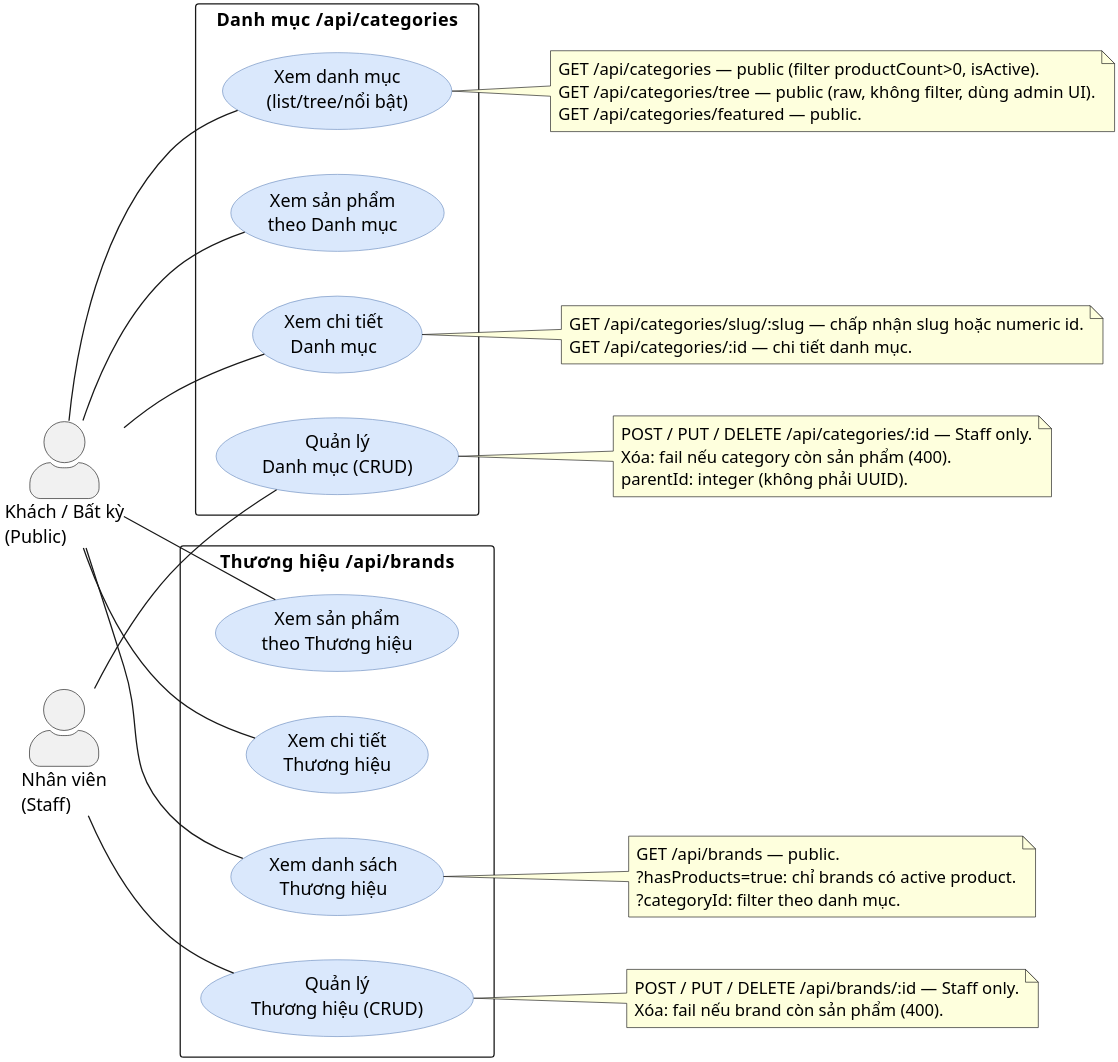
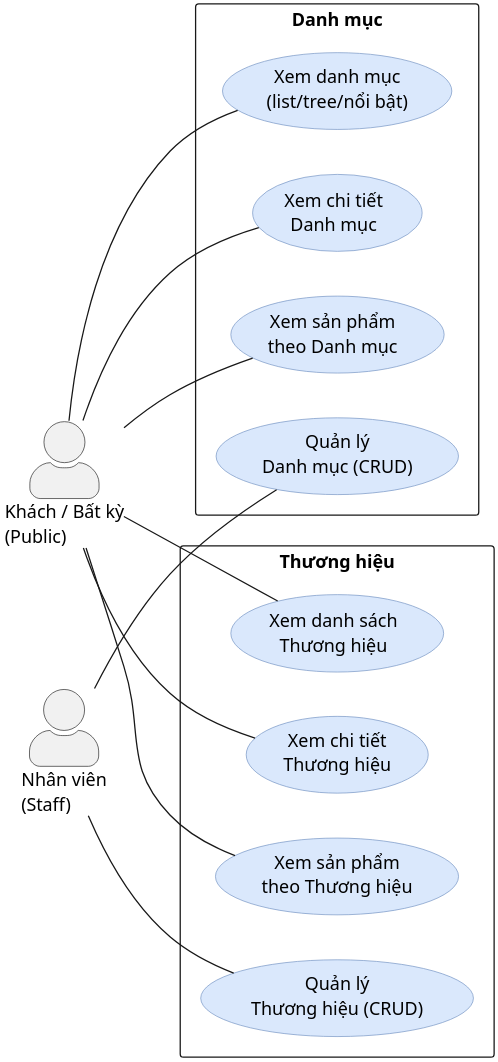
One commit to MinhThang1009/E-commerce-website changed the diagram in diagrams/usecase/usecase-08-catalog-category-brand.puml. Above: the diagram before and after it, drawn with PlantUML. The commit also changed 266 other files, not shown here.

```diff
--- a/diagrams/usecase/usecase-08-catalog-category-brand.puml
+++ b/diagrams/usecase/usecase-08-catalog-category-brand.puml
@@ -1,88 +1,98 @@
 @startuml usecase-08-catalog-category-brand
 ' Sơ đồ use case — Duyệt & Quản lý Danh mục + Thương hiệu (Catalog §2.2c)
 ' Ground-truth: backend/src/modules/catalog/routes.js
 '   Categories (/api/categories):
 '     GET  /                    — public            — danh sách (filter productCount>0)
 '     GET  /tree                — public            — cây phân cấp (raw, không filter)
 '     GET  /featured            — public            — nổi bật
 '     GET  /slug/:slug          — public            — theo slug (chấp nhận numeric id)
 '     GET  /:id/products        — public            — sản phẩm trong danh mục
 '     GET  /:id                 — public            — chi tiết danh mục
 '     POST /                    — authenticate + authorize('staff')
 '     PUT  /:id                 — authenticate + authorize('staff')
 '     DELETE /:id               — authenticate + authorize('staff')
 '   Brands (/api/brands):
 '     GET  /                    — public            — danh sách (param hasProducts)
 '     GET  /slug/:slug          — public            — theo slug
 '     GET  /slug/:slug/products — public            — sản phẩm của thương hiệu
 '     POST /                    — authenticate + authorize('staff')
 '     PUT  /:id                 — authenticate + authorize('staff')
 '     DELETE /:id               — authenticate + authorize('staff')
 ' Denominator: 15 routes → 10 UC
 '   (category list+tree+featured gộp; brand list gộp; category write gộp; brand write gộp)
 left to right direction
 skinparam dpi 300
 skinparam backgroundColor #FFFFFF
 skinparam shadowing false
 skinparam packageStyle rectangle
 skinparam usecase {
   BackgroundColor #DAE8FC
   BorderColor #6C8EBF
 }
 skinparam actorStyle awesome
 
 actor "Khách / Bất kỳ\n(Public)" as pub
 actor "Nhân viên\n(Staff)" as staff
 
-package "Danh mục   /api/categories" {
+package "Danh mục" {
   usecase "Xem danh mục\n(list/tree/nổi bật)" as UC_cat_browse
   usecase "Xem chi tiết\nDanh mục" as UC_cat_detail
   usecase "Xem sản phẩm\ntheo Danh mục" as UC_cat_products
   usecase "Quản lý\nDanh mục (CRUD)" as UC_cat_write
 }
 
-package "Thương hiệu   /api/brands" {
+package "Thương hiệu" {
   usecase "Xem danh sách\nThương hiệu" as UC_brand_list
   usecase "Xem chi tiết\nThương hiệu" as UC_brand_detail
   usecase "Xem sản phẩm\ntheo Thương hiệu" as UC_brand_products
   usecase "Quản lý\nThương hiệu (CRUD)" as UC_brand_write
 }
 
 pub -- UC_cat_browse
 pub -- UC_cat_detail
 pub -- UC_cat_products
 pub -- UC_brand_list
 pub -- UC_brand_detail
 pub -- UC_brand_products
 
 staff -- UC_cat_write
 staff -- UC_brand_write
 
+/'
 note right of UC_cat_browse
   GET /api/categories — public (filter productCount>0, isActive).
   GET /api/categories/tree — public (raw, không filter, dùng admin UI).
   GET /api/categories/featured — public.
 end note
+'/
 
+/'
 note right of UC_cat_detail
   GET /api/categories/slug/:slug — chấp nhận slug hoặc numeric id.
   GET /api/categories/:id — chi tiết danh mục.
 end note
+'/
 
+/'
 note right of UC_cat_write
   POST / PUT / DELETE /api/categories/:id — Staff only.
   Xóa: fail nếu category còn sản phẩm (400).
   parentId: integer (không phải UUID).
 end note
+'/
 
+/'
 note right of UC_brand_list
   GET /api/brands — public.
   ?hasProducts=true: chỉ brands có active product.
   ?categoryId: filter theo danh mục.
 end note
+'/
 
+/'
 note right of UC_brand_write
   POST / PUT / DELETE /api/brands/:id — Staff only.
   Xóa: fail nếu brand còn sản phẩm (400).
 end note
+'/
 @enduml
```
